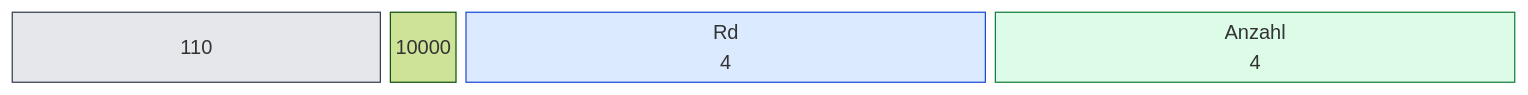
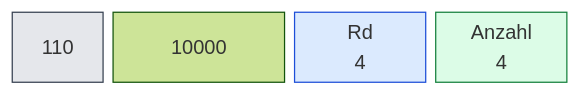
Before and after one commit to olfp/Deep16: diagram 21 of 32 in book/kap03.md, drawn with Mermaid (forest theme). The commit also changed other lines of this file and 1 other file, not shown here.

Commit message:
book(kap03): alle 32 Befehlsdiagramme auf 31-Spalten-Layout normiert

````diff
--- a/book/kap03.md
+++ b/book/kap03.md
@@ -711,17 +711,17 @@
 ```mermaid
 block-beta
   columns 31
   classDef op fill:#e5e7eb,stroke:#374151
   classDef reg fill:#dbeafe,stroke:#1d4ed8
   classDef imm fill:#fef3c7,stroke:#b45309
   classDef off fill:#dcfce7,stroke:#15803d
   classDef seg fill:#ede9fe,stroke:#6d28d9
   classDef all fill:#fee2e2,stroke:#b91c1c
   b0["110"]:5
-  b1["10000"]:1
+  b1["10000"]:9
   b2["Rd<br/>4"]:7
   b3["Anzahl<br/>4"]:7
   class b0 b1 op
   class b2 reg
   class b3 off
 ```
````
